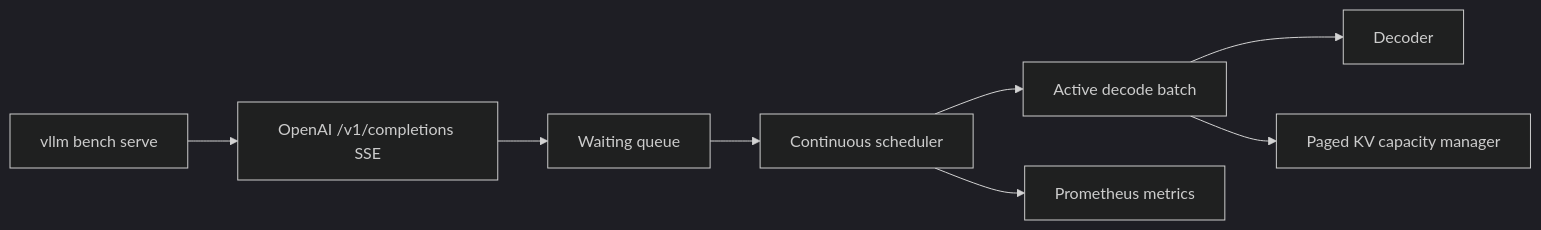
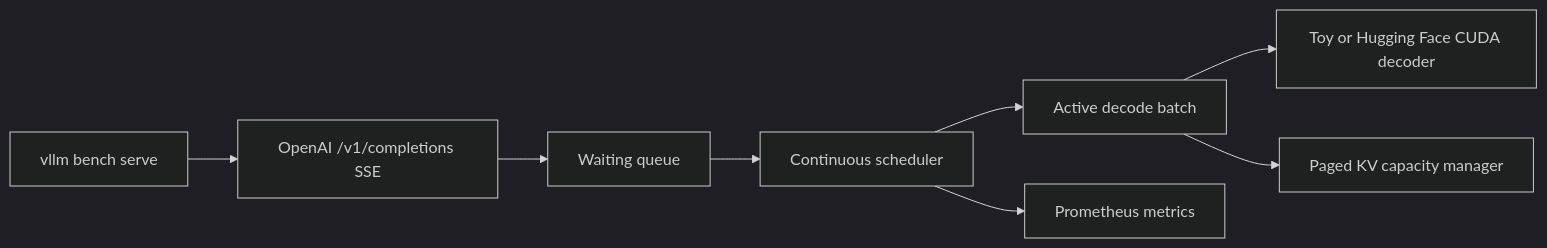
One commit to souvikDevloper/InferEngine changed the diagram in README.md. Above: the diagram before and after it, drawn with Mermaid (dark theme). The commit also changed other lines of this file and 16 other files, not shown here.

````diff
--- a/README.md
+++ b/README.md
@@ -31,10 +36,10 @@
 ```mermaid
 flowchart LR
     V["vllm bench serve"] --> O["OpenAI /v1/completions SSE"]
     O --> Q[Waiting queue]
     Q --> S[Continuous scheduler]
     S --> A[Active decode batch]
-    A --> M[Decoder]
+    A --> M[Toy or Hugging Face CUDA decoder]
     A --> K[Paged KV capacity manager]
     S --> P[Prometheus metrics]
 ```
````
